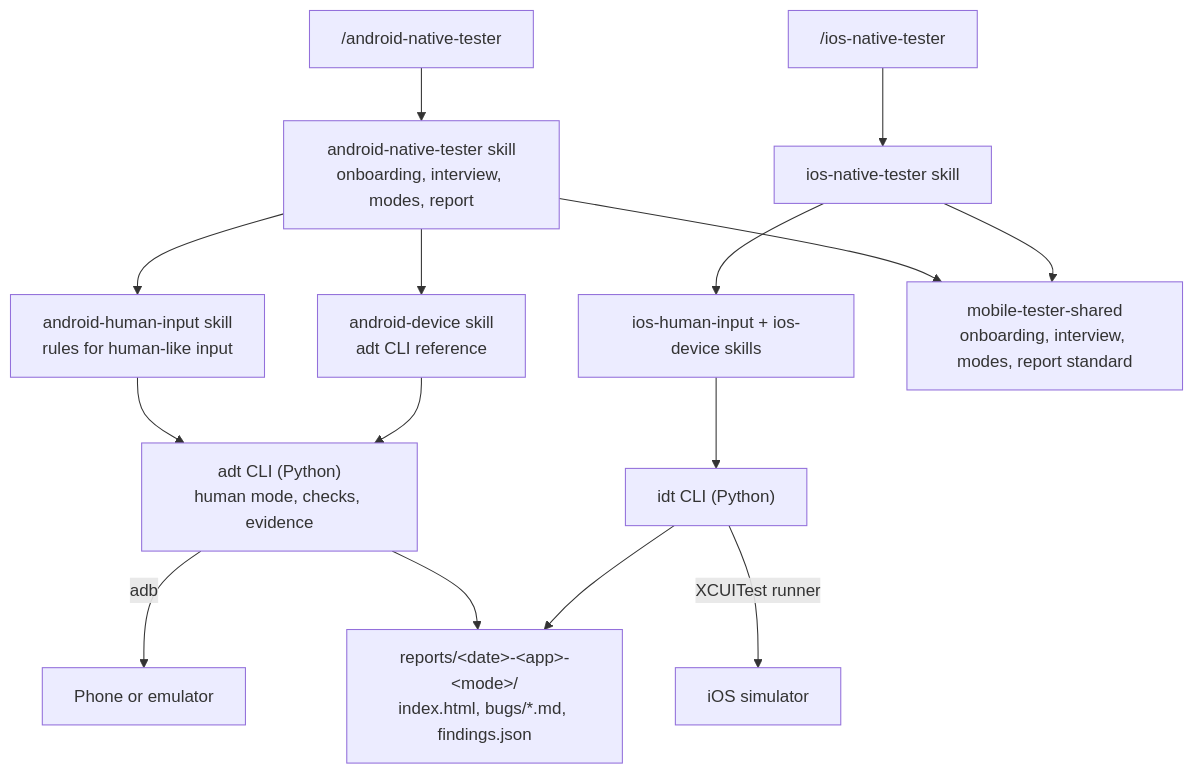
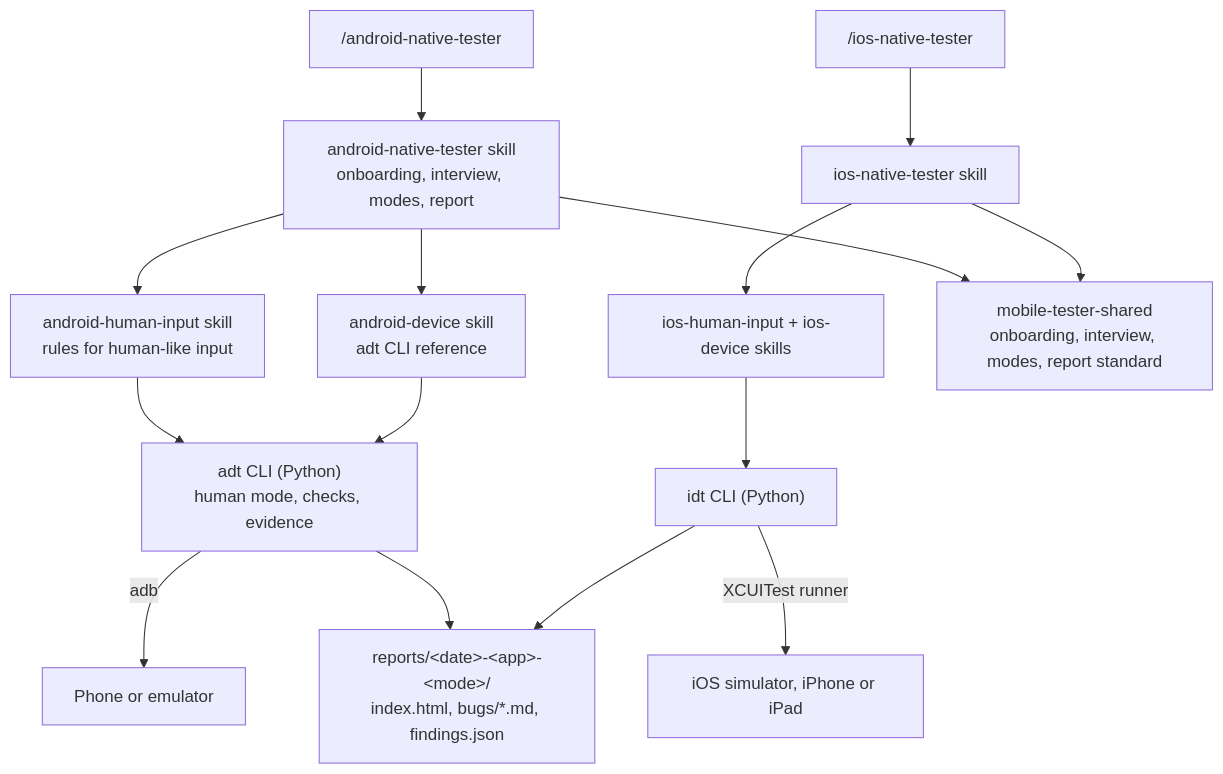
Before and after one commit to ilivinskyi/android-tester: the diagram in README.md, drawn with Mermaid. The commit also changed other lines of this file and 8 other files, not shown here.

````diff
--- a/README.md
+++ b/README.md
@@ -67,17 +67,17 @@
 ```mermaid
 flowchart TD
     U["/android-native-tester"] --> A["android-native-tester skill<br/>onboarding, interview, modes, report"]
     A --> H["android-human-input skill<br/>rules for human-like input"]
     A --> D["android-device skill<br/>adt CLI reference"]
     H --> C["adt CLI (Python)<br/>human mode, checks, evidence"]
     D --> C
     C -->|adb| P["Phone or emulator"]
     C --> R["reports/&lt;date&gt;-&lt;app&gt;-&lt;mode&gt;/<br/>index.html, bugs/*.md, findings.json"]
     I["/ios-native-tester"] --> J["ios-native-tester skill"]
     J --> K["ios-human-input + ios-device skills"]
     K --> L["idt CLI (Python)"]
-    L -->|XCUITest runner| M["iOS simulator"]
+    L -->|XCUITest runner| M["iOS simulator, iPhone or iPad"]
     L --> R
     A --> S["mobile-tester-shared<br/>onboarding, interview, modes, report standard"]
     J --> S
 ```
````
